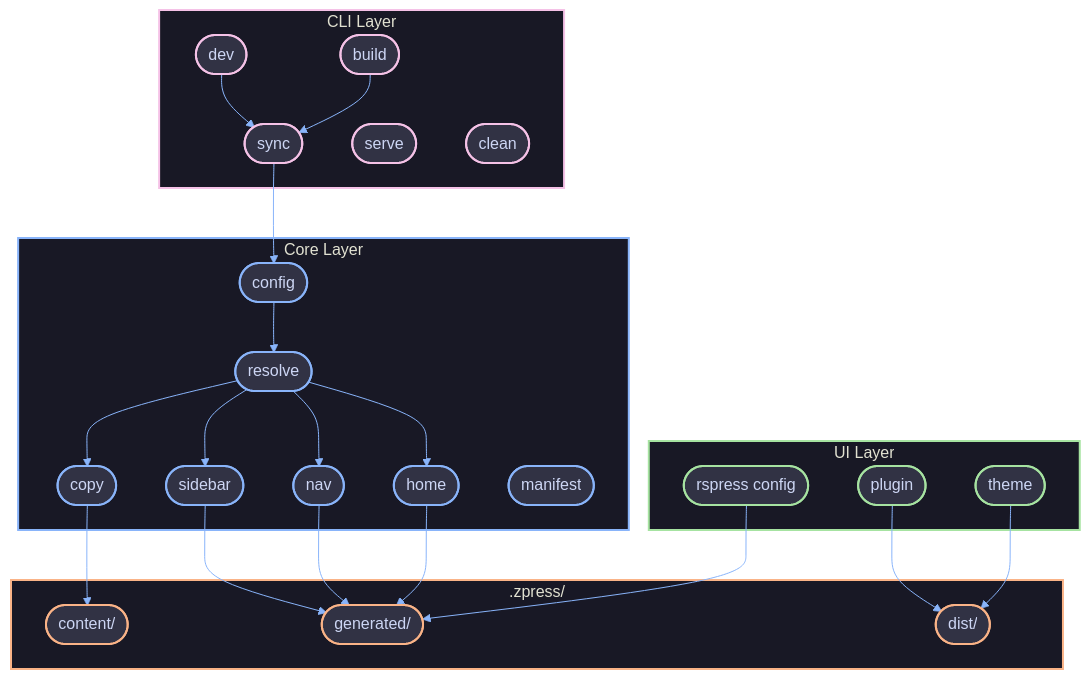
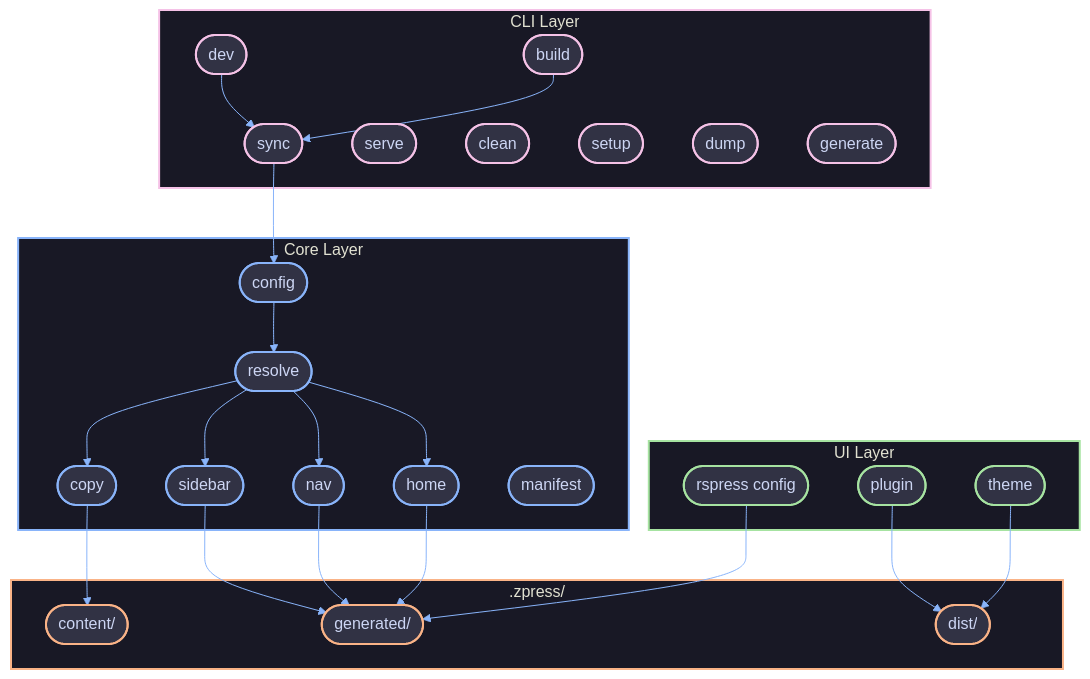
Before and after one commit to joggrdocs/zpress: the first of 2 diagrams in contributing/concepts/architecture.md, drawn with Mermaid. The commit also changed other lines of this file and 18 other files, not shown here.

````diff
--- a/contributing/concepts/architecture.md
+++ b/contributing/concepts/architecture.md
@@ -41,69 +41,72 @@
 ```mermaid
 %%{init: {
   'theme': 'base',
   'themeVariables': {
     'primaryColor': '#313244',
     'primaryTextColor': '#cdd6f4',
     'primaryBorderColor': '#6c7086',
     'lineColor': '#89b4fa',
     'secondaryColor': '#45475a',
     'tertiaryColor': '#1e1e2e',
     'background': '#1e1e2e',
     'mainBkg': '#313244',
     'clusterBkg': '#1e1e2e',
     'clusterBorder': '#45475a'
   },
   'flowchart': { 'curve': 'basis', 'padding': 15 }
 }}%%
 flowchart TB
     subgraph cli ["CLI Layer"]
         SYNC(["sync"])
         DEV(["dev"])
         BUILD(["build"])
         SERVE(["serve"])
         CLEAN(["clean"])
+        SETUP(["setup"])
+        DUMP(["dump"])
+        GENERATE(["generate"])
     end
 
     subgraph core ["Core Layer"]
         CONFIG(["config"])
         RESOLVE(["resolve"])
         COPY(["copy"])
         SIDEBAR(["sidebar"])
         NAV(["nav"])
         HOME(["home"])
         MANIFEST(["manifest"])
     end
 
     subgraph ui ["UI Layer"]
         PLUGIN(["plugin"])
         THEME(["theme"])
         RSPRESS_CFG(["rspress config"])
     end
 
     subgraph output [".zpress/"]
         CONTENT(["content/"])
         GENERATED(["generated/"])
         DIST(["dist/"])
     end
 
     DEV & BUILD --> SYNC
     SYNC --> CONFIG --> RESOLVE --> COPY --> CONTENT
     RESOLVE --> SIDEBAR & NAV & HOME --> GENERATED
     RSPRESS_CFG --> GENERATED
     PLUGIN & THEME --> DIST
 
     classDef core fill:#313244,stroke:#89b4fa,stroke-width:2px,color:#cdd6f4
     classDef gateway fill:#313244,stroke:#fab387,stroke-width:2px,color:#cdd6f4
     classDef agent fill:#313244,stroke:#a6e3a1,stroke-width:2px,color:#cdd6f4
     classDef external fill:#313244,stroke:#f5c2e7,stroke-width:2px,color:#cdd6f4
 
-    class SYNC,DEV,BUILD,SERVE,CLEAN external
+    class SYNC,DEV,BUILD,SERVE,CLEAN,SETUP,DUMP,GENERATE external
     class CONFIG,RESOLVE,COPY,SIDEBAR,NAV,HOME,MANIFEST core
     class PLUGIN,THEME,RSPRESS_CFG agent
     class CONTENT,GENERATED,DIST gateway
 
     style cli fill:#181825,stroke:#f5c2e7,stroke-width:2px
     style core fill:#181825,stroke:#89b4fa,stroke-width:2px
     style ui fill:#181825,stroke:#a6e3a1,stroke-width:2px
     style output fill:#181825,stroke:#fab387,stroke-width:2px
 ```
````
